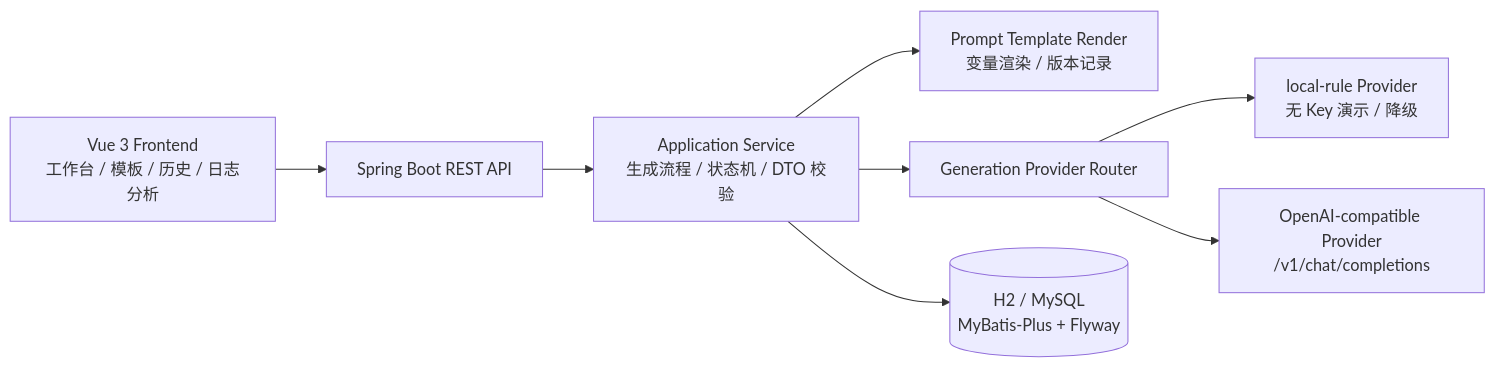
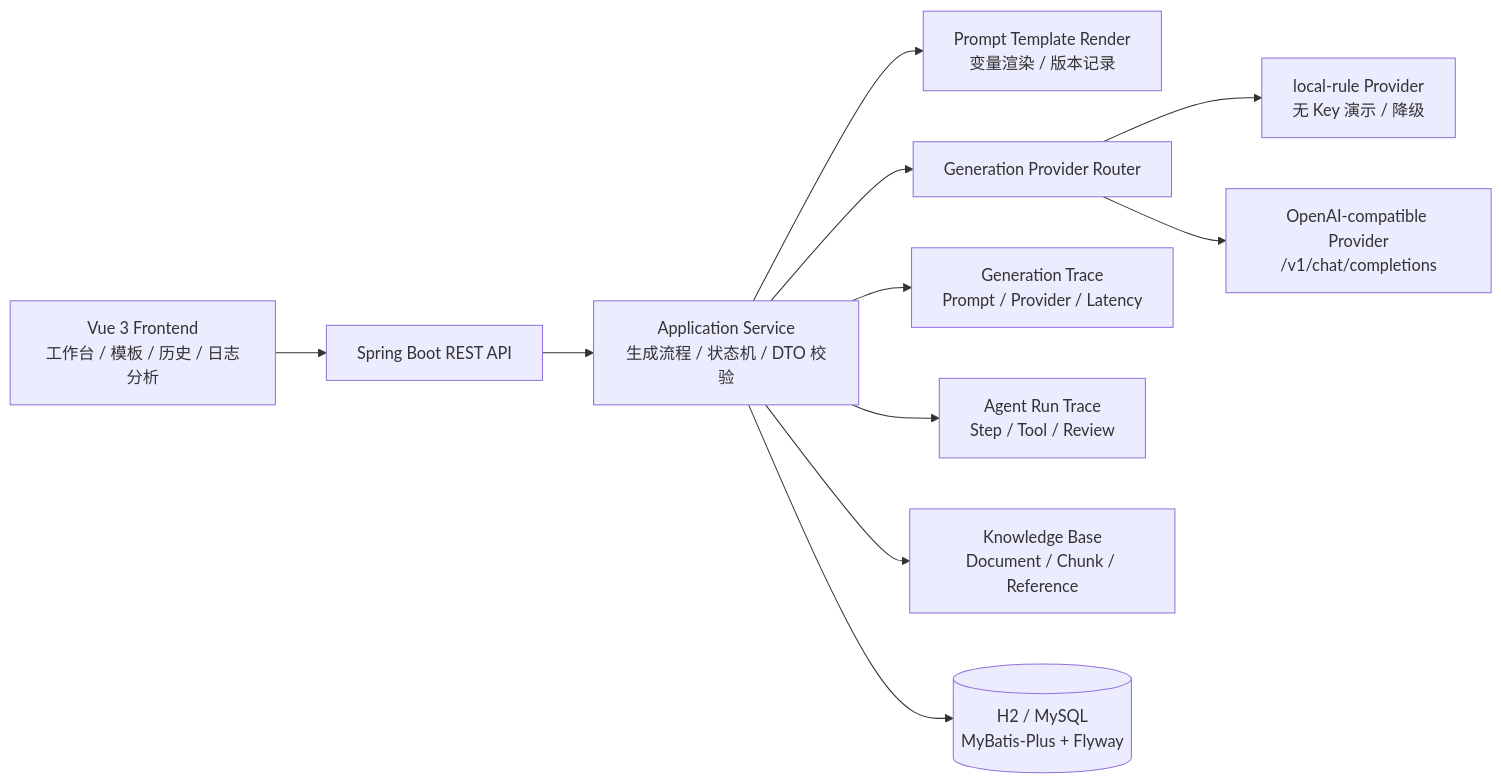
Before and after one commit to jameswilson87156-del/devflow-copilot: the diagram in README.md, drawn with Mermaid. The commit also changed other lines of this file and 23 other files, not shown here.

````diff
--- a/README.md
+++ b/README.md
@@ -152,10 +152,13 @@
 ```mermaid
 flowchart LR
   FE["Vue 3 Frontend<br/>工作台 / 模板 / 历史 / 日志分析"] --> API["Spring Boot REST API"]
   API --> APP["Application Service<br/>生成流程 / 状态机 / DTO 校验"]
   APP --> TEMPLATE["Prompt Template Render<br/>变量渲染 / 版本记录"]
   APP --> ROUTER["Generation Provider Router"]
   ROUTER --> LOCAL["local-rule Provider<br/>无 Key 演示 / 降级"]
   ROUTER --> OPENAI["OpenAI-compatible Provider<br/>/v1/chat/completions"]
+  APP --> TRACE["Generation Trace<br/>Prompt / Provider / Latency"]
+  APP --> AGENT["Agent Run Trace<br/>Step / Tool / Review"]
+  APP --> KB["Knowledge Base<br/>Document / Chunk / Reference"]
   APP --> DB[("H2 / MySQL<br/>MyBatis-Plus + Flyway")]
 ```
````
